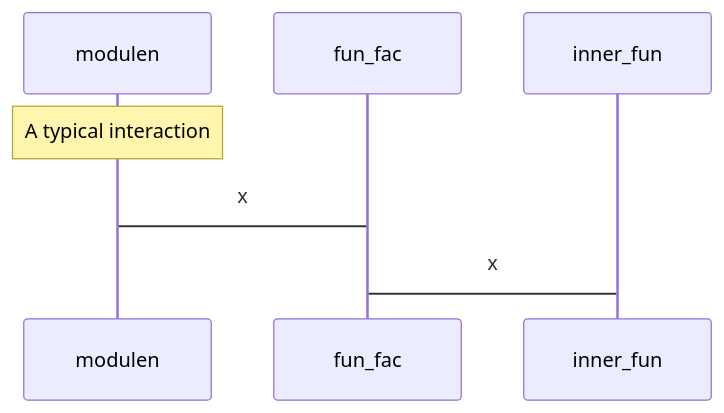
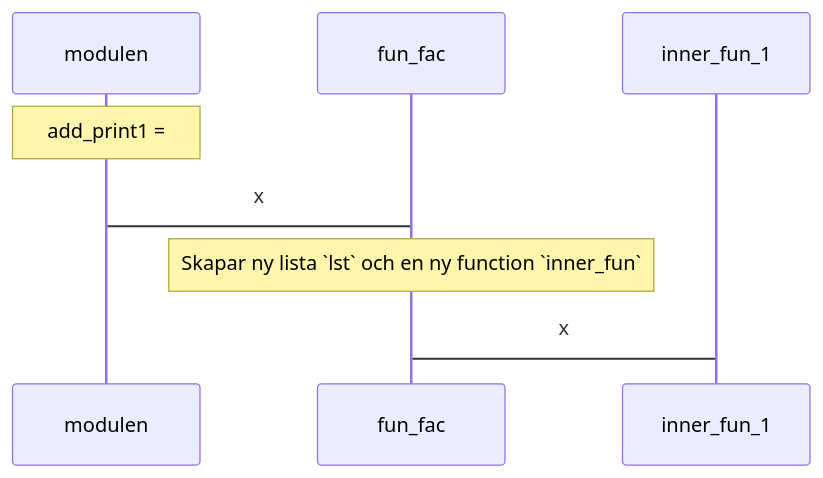
Before and after one commit to nackc8/py-live: the fifth of 5 diagrams in ITINF24/lektion9/refs_scope.md, drawn with Mermaid.

Commit message:
autocommit complete 1019 (55)

````diff
--- a/ITINF24/lektion9/refs_scope.md
+++ b/ITINF24/lektion9/refs_scope.md
@@ -89,8 +89,7 @@
 ```mermaid
 sequenceDiagram
-    Note over modulen: A typical interaction
+    Note over modulen: add_print1 =
     modulen->fun_fac: x
-    fun_fac->inner_fun: x
-
-
+    Note over fun_fac: Skapar ny lista `lst` och en ny function `inner_fun`
+    fun_fac->inner_fun_1: x
 ```
````
